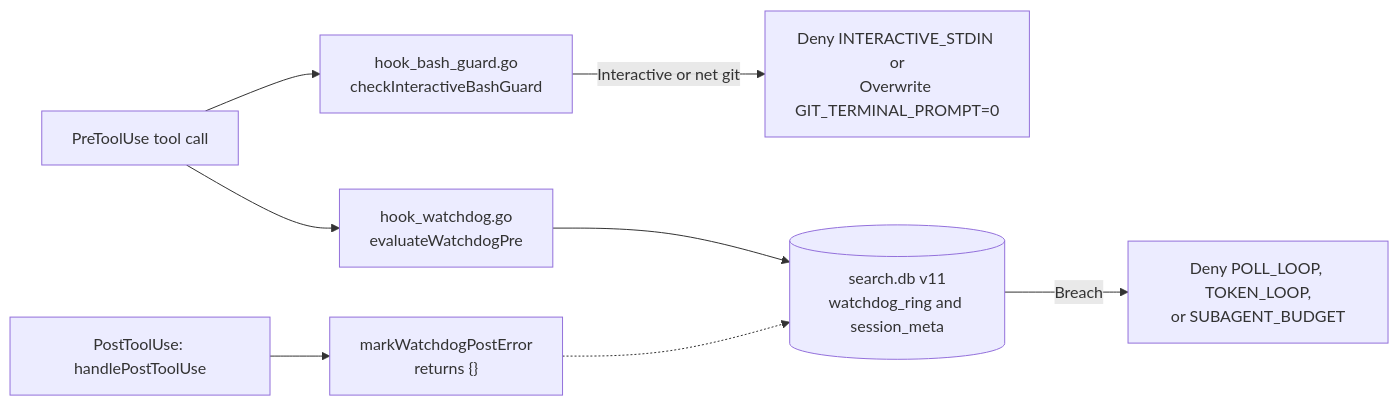
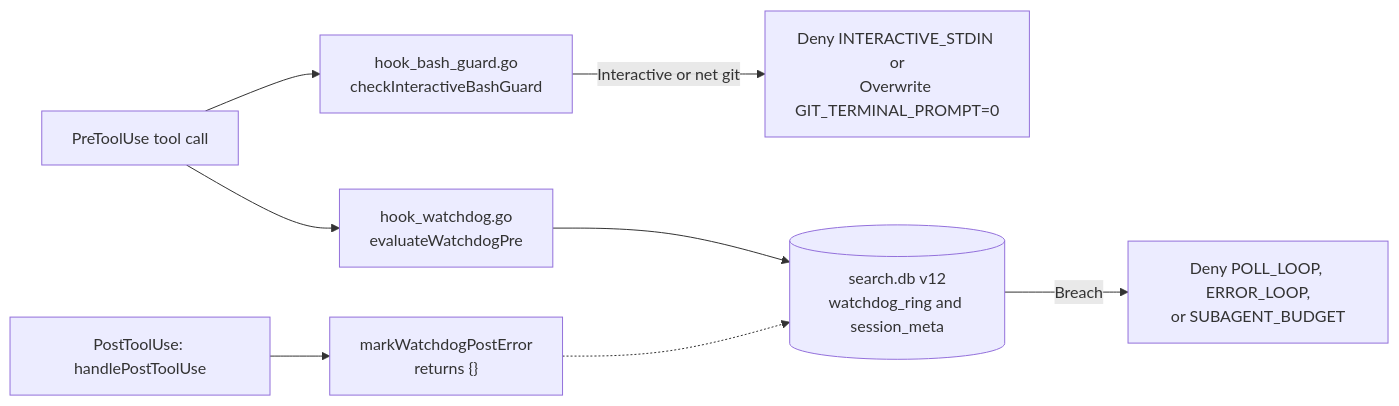
Before and after one commit to kesokaj/fyr: the sixth of 7 diagrams in features/hooks-and-ast-graph.md, drawn with Mermaid. The commit also changed other lines of this file and 8 other files, not shown here.

````diff
--- a/features/hooks-and-ast-graph.md
+++ b/features/hooks-and-ast-graph.md
@@ -170,10 +170,10 @@
 ```mermaid
 flowchart LR
     preCall["PreToolUse tool call"] --> bashGuard["hook_bash_guard.go\ncheckInteractiveBashGuard"]
     preCall --> watchPre["hook_watchdog.go\nevaluateWatchdogPre"]
     bashGuard -- "Interactive or net git" --> bashOut["Deny INTERACTIVE_STDIN or\nOverwrite GIT_TERMINAL_PROMPT=0"]
-    watchPre --> ringDB[("search.db v11\nwatchdog_ring and session_meta")]
-    ringDB -- "Breach" --> watchDeny["Deny POLL_LOOP, TOKEN_LOOP,\nor SUBAGENT_BUDGET"]
+    watchPre --> ringDB[("search.db v12\nwatchdog_ring and session_meta")]
+    ringDB -- "Breach" --> watchDeny["Deny POLL_LOOP, ERROR_LOOP,\nor SUBAGENT_BUDGET"]
     postCall["PostToolUse: handlePostToolUse"] --> postMark["markWatchdogPostError\nreturns {}"]
     postMark -.-> ringDB
 ```
````
